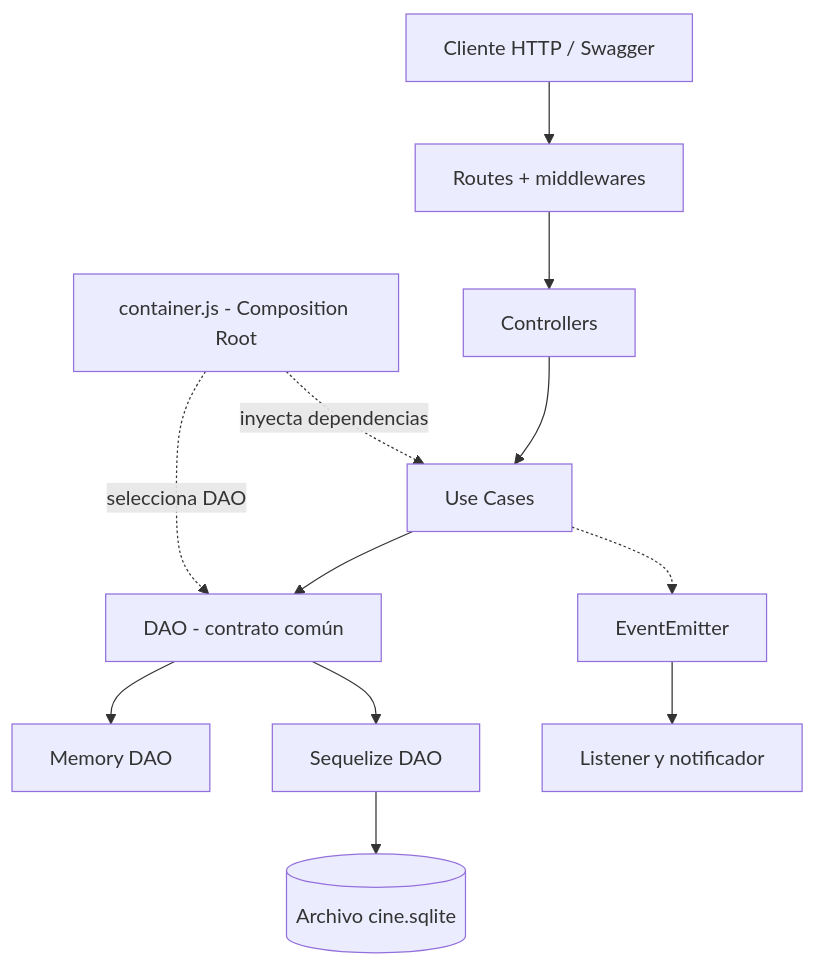
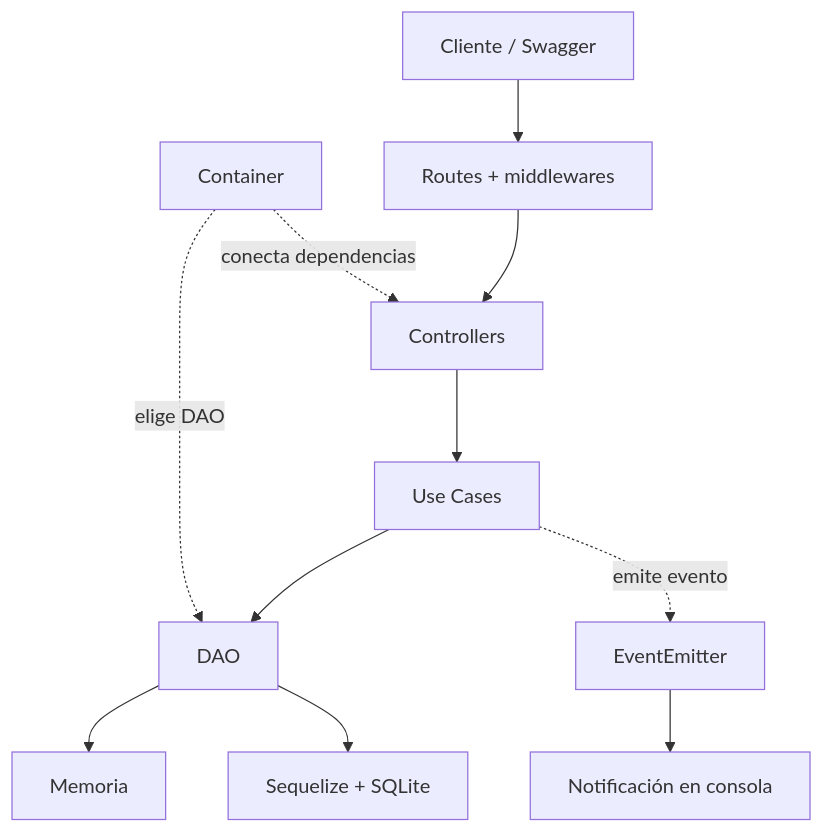
One commit to ZAVALETAFORT/TP2-2026-TP-Integrador changed the second of 2 diagrams in README.md. Above: the diagram before and after it, drawn with Mermaid. The commit also changed other lines of this file, not shown here.

````diff
--- a/README.md
+++ b/README.md
@@ -143,14 +69,13 @@
 ```mermaid
 flowchart TD
-    A["Cliente HTTP / Swagger"] --> B["Routes + middlewares"]
+    A["Cliente / Swagger"] --> B["Routes + middlewares"]
     B --> C["Controllers"]
     C --> D["Use Cases"]
-    D --> E["DAO - contrato común"]
-    E --> F["Memory DAO"]
-    E --> G["Sequelize DAO"]
-    G --> H[("Archivo cine.sqlite")]
-    D -.-> I["EventEmitter"]
-    I --> J["Listener y notificador"]
-    K["container.js - Composition Root"] -.->|"inyecta dependencias"| D
-    K -.->|"selecciona DAO"| E
+    D --> E["DAO"]
+    E --> F["Memoria"]
+    E --> G["Sequelize + SQLite"]
+    H["Container"] -.->|"conecta dependencias"| C
+    H -.->|"elige DAO"| E
+    D -.->|"emite evento"| I["EventEmitter"]
+    I --> J["Notificación en consola"]
 ```
````
